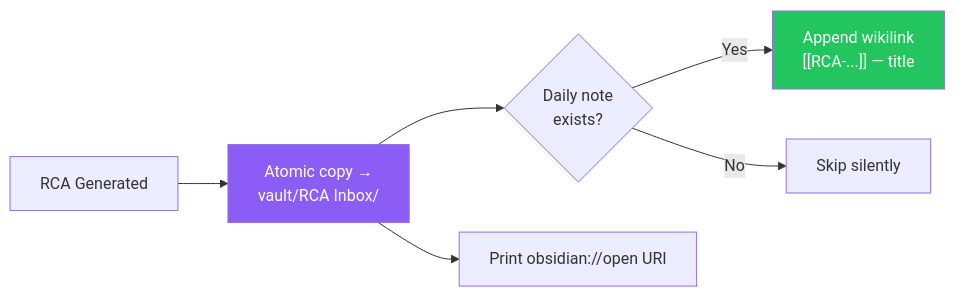
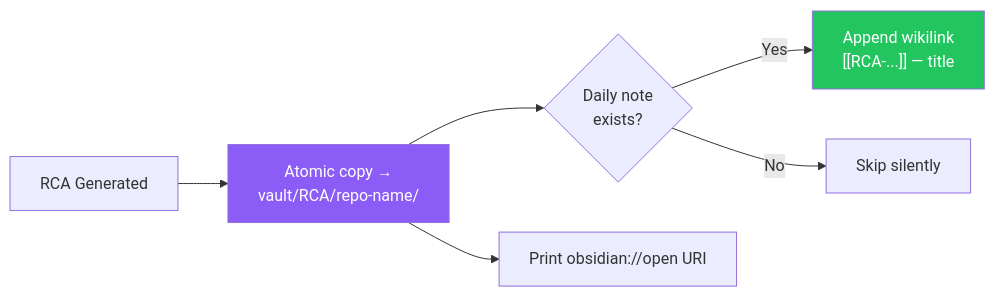
One commit to Muminur/RCA-Ninja changed the fifth of 7 diagrams in README.md. Above: the diagram before and after it, drawn with Mermaid. The commit also changed other lines of this file and 17 other files, not shown here.

````diff
--- a/README.md
+++ b/README.md
@@ -468,11 +491,11 @@
 ```mermaid
 graph LR
-    A[RCA Generated] --> B["Atomic copy →<br/>vault/RCA Inbox/"]
+    A[RCA Generated] --> B["Atomic copy →<br/>vault/RCA/repo-name/"]
     B --> C{Daily note<br/>exists?}
     C -->|Yes| D["Append wikilink<br/>[[RCA-...]] — title"]
     C -->|No| E[Skip silently]
     B --> F["Print obsidian://open URI"]
 
     style B fill:#8b5cf6,color:#fff
     style D fill:#22c55e,color:#fff
 ```
````
